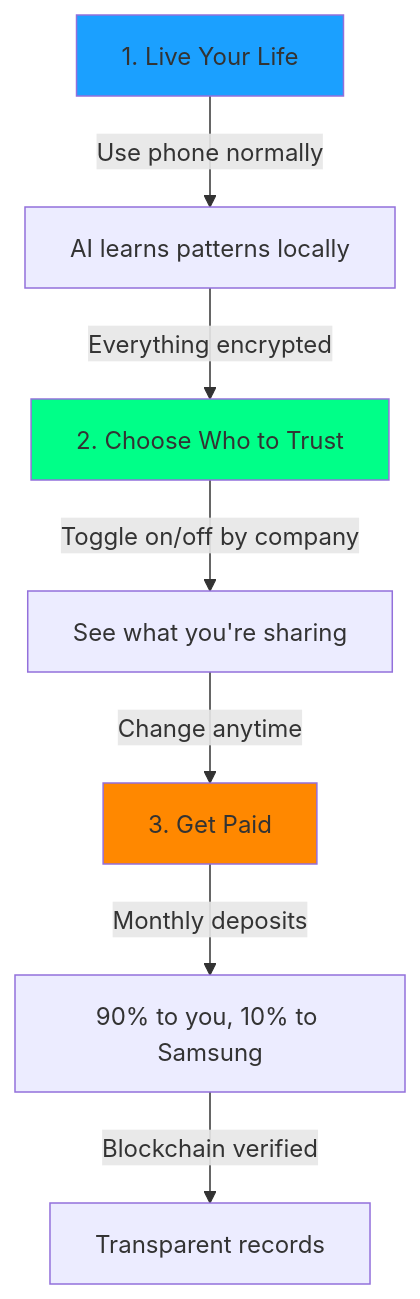
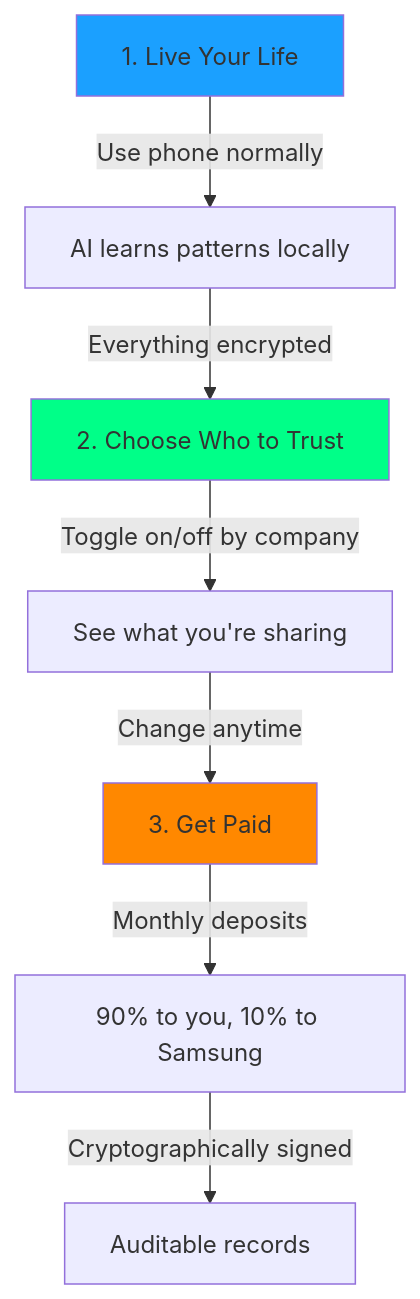
One commit to yxl74/AI_PITCH changed the third of 11 diagrams in pitch.md. Above: the diagram before and after it, drawn with Mermaid. The commit also changed other lines of this file, not shown here.

````diff
--- a/pitch.md
+++ b/pitch.md
@@ -100,13 +100,13 @@
 ```mermaid
 graph TD
     A[1. Live Your Life] -->|Use phone normally| B[AI learns patterns locally]
     B -->|Everything encrypted| C[2. Choose Who to Trust]
     C -->|Toggle on/off by company| D[See what you're sharing]
     D -->|Change anytime| E[3. Get Paid]
     E -->|Monthly deposits| F[90% to you, 10% to Samsung]
-    F -->|Blockchain verified| G[Transparent records]
+    F -->|Cryptographically signed| G[Auditable records]
     
     style A fill:#1ba0ff
     style C fill:#00ff88
     style E fill:#ff8800
 ```
````
